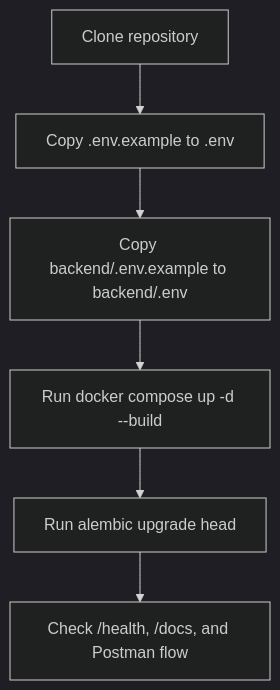
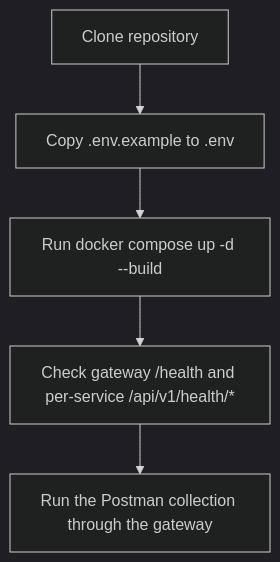
The diagram in docs/SETUP.md (afnan-emumba/smart-hire), drawn with Mermaid (dark theme) before and after one commit. The commit also changed other lines of this file and 75 other files, not shown here.

First line of the commit message:
feat: enhance API routing and health checks in nginx configuration

````diff
--- a/docs/SETUP.md
+++ b/docs/SETUP.md
@@ -15,11 +13,10 @@
 ```mermaid
 flowchart TD
     clone[Clone repository]
     copyRoot[Copy .env.example to .env]
-    copyBackend[Copy backend/.env.example to backend/.env]
-   start[Run docker compose up -d --build]
-    migrate[Run alembic upgrade head]
-    verify[Check /health, /docs, and Postman flow]
+    start[Run docker compose up -d --build]
+    verify[Check gateway /health and per-service /api/v1/health/*]
+    postman[Run the Postman collection through the gateway]
 
-    clone --> copyRoot --> copyBackend --> start --> migrate --> verify
+    clone --> copyRoot --> start --> verify --> postman
 ```
````
